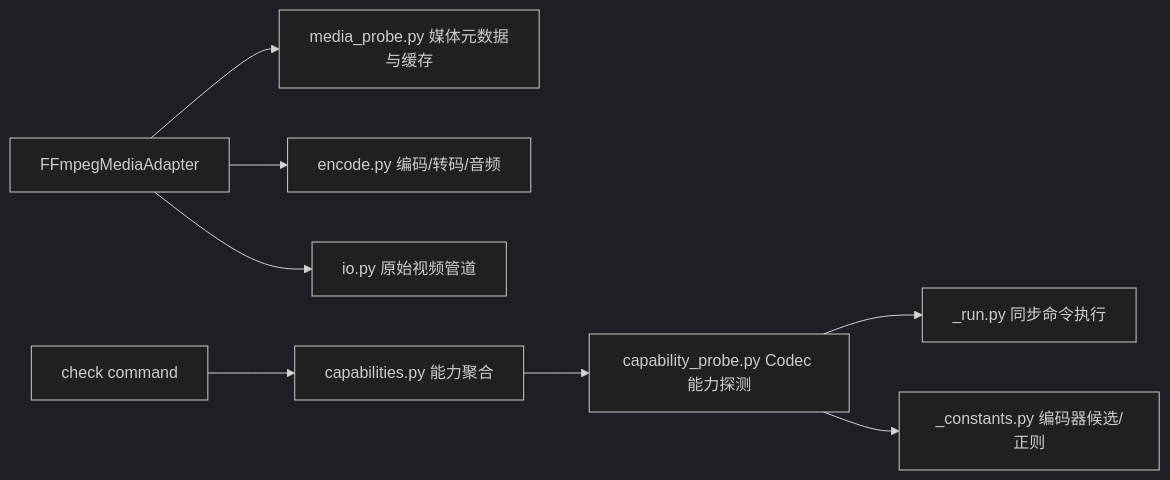
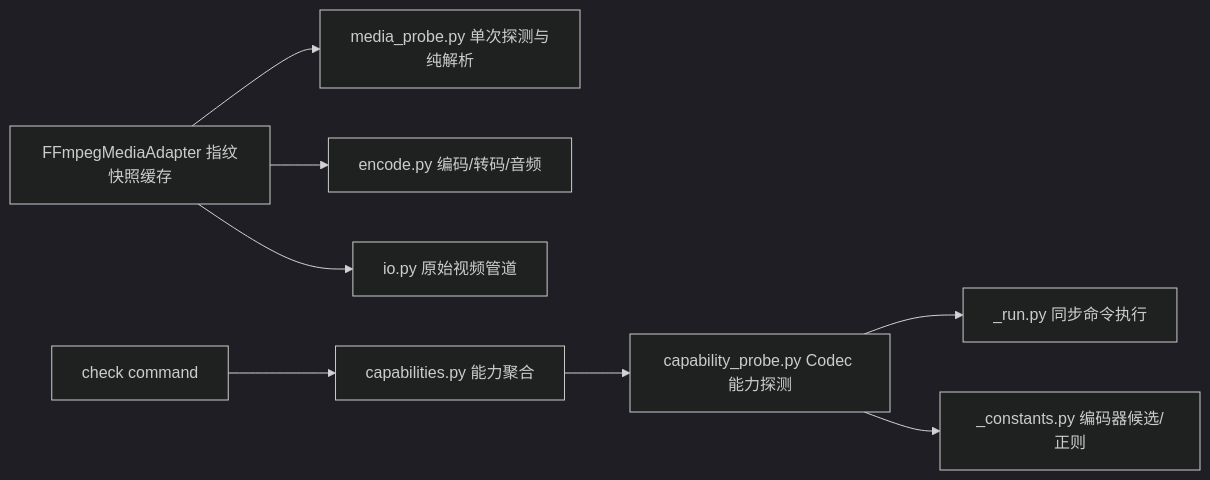
One commit to youge325/vp changed the third of 3 diagrams in docs/04-backend-architecture.md. Above: the diagram before and after it, drawn with Mermaid (dark theme). The commit also changed other lines of this file and 41 other files, not shown here.

````diff
--- a/docs/04-backend-architecture.md
+++ b/docs/04-backend-architecture.md
@@ -295,10 +298,10 @@
 ```mermaid
 graph LR
-    A[FFmpegMediaAdapter] --> B[media_probe.py 媒体元数据与缓存]
+    A[FFmpegMediaAdapter 指纹快照缓存] --> B[media_probe.py 单次探测与纯解析]
     A --> E[encode.py 编码/转码/音频]
     A --> F[io.py 原始视频管道]
     C[check command] --> I[capabilities.py 能力聚合]
     I --> D[capability_probe.py Codec 能力探测]
     D --> G[_run.py 同步命令执行]
     D --> H[_constants.py 编码器候选/正则]
 ```
````
